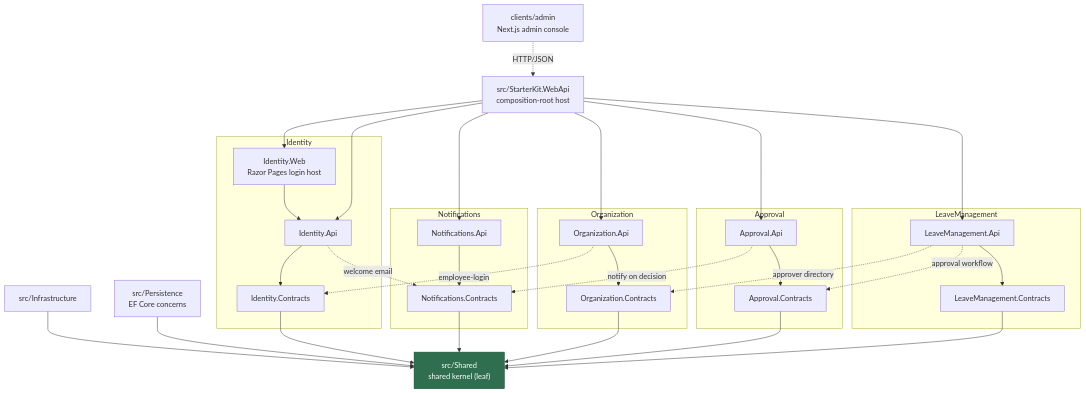
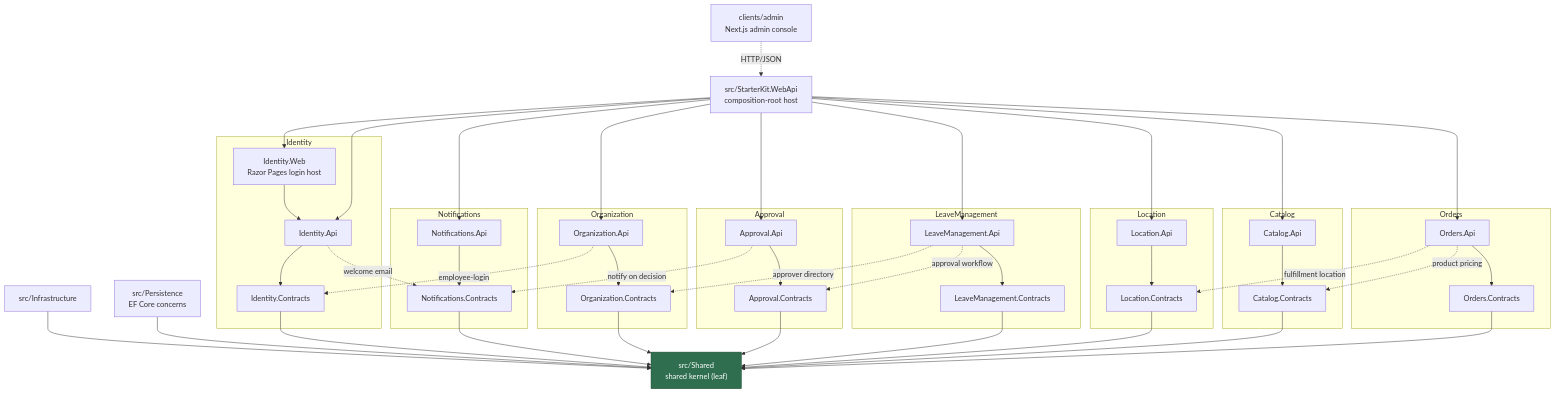
One commit to lightdotnet/ModularMonolith changed the first of 2 diagrams in README.md. Above: the diagram before and after it, drawn with Mermaid. The commit also changed other lines of this file and 1166 other files, not shown here.

First line of the commit message:
feat: add Retail module suite (Location, Catalog, Orders, Inventory, Transfers, Purchasing, Currency)

````diff
--- a/README.md
+++ b/README.md
@@ -60,52 +72,69 @@
 ```mermaid
 graph TD
     Shared["src/Shared<br/>shared kernel (leaf)"]
     Infra["src/Infrastructure"]
     Persistence["src/Persistence<br/>EF Core concerns"]
     Host["src/StarterKit.WebApi<br/>composition-root host"]
     Admin["clients/admin<br/>Next.js admin console"]
 
     subgraph Identity
         IdC["Identity.Contracts"]
         IdA["Identity.Api"]
         IdW["Identity.Web<br/>Razor Pages login host"]
     end
     subgraph Notifications
         NoC["Notifications.Contracts"]
         NoA["Notifications.Api"]
     end
     subgraph Organization
         OrC["Organization.Contracts"]
         OrA["Organization.Api"]
     end
     subgraph Approval
         ApC["Approval.Contracts"]
         ApA["Approval.Api"]
     end
     subgraph LeaveManagement
         LvC["LeaveManagement.Contracts"]
         LvA["LeaveManagement.Api"]
     end
+    subgraph Location
+        LoC["Location.Contracts"]
+        LoA["Location.Api"]
+    end
+    subgraph Catalog
+        CaC["Catalog.Contracts"]
+        CaA["Catalog.Api"]
+    end
+    subgraph Orders
+        OdC["Orders.Contracts"]
+        OdA["Orders.Api"]
+    end
 
     Infra --> Shared
     Persistence --> Shared
-    IdC & NoC & OrC & ApC & LvC --> Shared
+    IdC & NoC & OrC & ApC & LvC & LoC & CaC & OdC --> Shared
     IdA --> IdC
     IdW --> IdA
     NoA --> NoC
     OrA --> OrC
     ApA --> ApC
     LvA --> LvC
+    LoA --> LoC
+    CaA --> CaC
+    OdA --> OdC
 
     IdA -. welcome email .-> NoC
     OrA -. employee-login .-> IdC
     ApA -. notify on decision .-> NoC
     LvA -. approval workflow .-> ApC
     LvA -. approver directory .-> OrC
+    OdA -. product pricing .-> CaC
+    OdA -. fulfillment location .-> LoC
 
-    Host --> IdA & IdW & NoA & OrA & ApA & LvA
+    Host --> IdA & IdW & NoA & OrA & ApA & LvA & LoA & CaA & OdA
     Admin -. HTTP/JSON .-> Host
 
     classDef leaf fill:#2f6f4f,stroke:#1e4a34,color:#fff;
     class Shared leaf;
 ```
````
